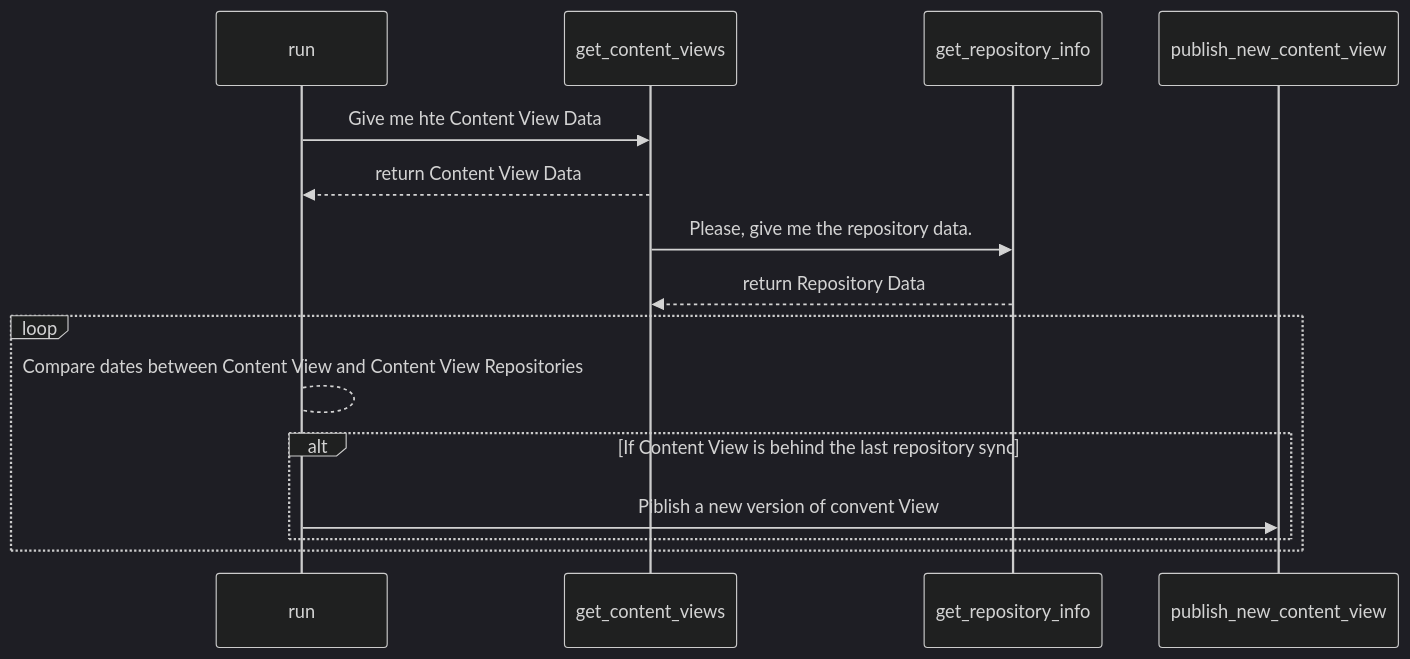
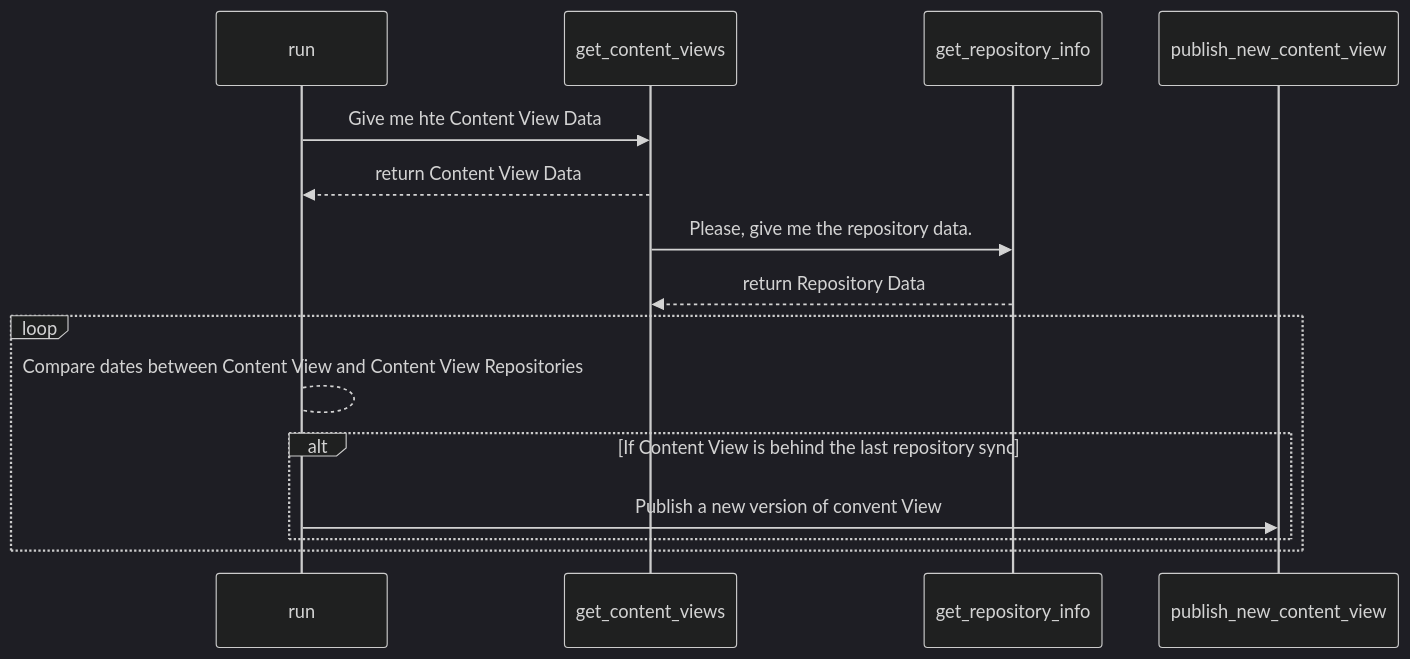
The diagram in README.md (ambrisolla/katello-publish-content-view), drawn with Mermaid (dark theme) before and after one commit.

Commit message:
add script

````diff
--- a/README.md
+++ b/README.md
@@ -52,14 +52,14 @@
 ```mermaid
 sequenceDiagram
     run->>get_content_views: Give me hte Content View Data
     get_content_views-->>run: return Content View Data
     get_content_views->>get_repository_info: Please, give me the repository data.
     get_repository_info-->>get_content_views: return Repository Data
     loop
       run-->run:Compare dates between Content View and Content View Repositories
       alt If Content View is behind the last repository sync
-          run->>publish_new_content_view: Piblish a new version of convent View
+          run->>publish_new_content_view: Publish a new version of convent View
       end
     end
     
 ```
````
